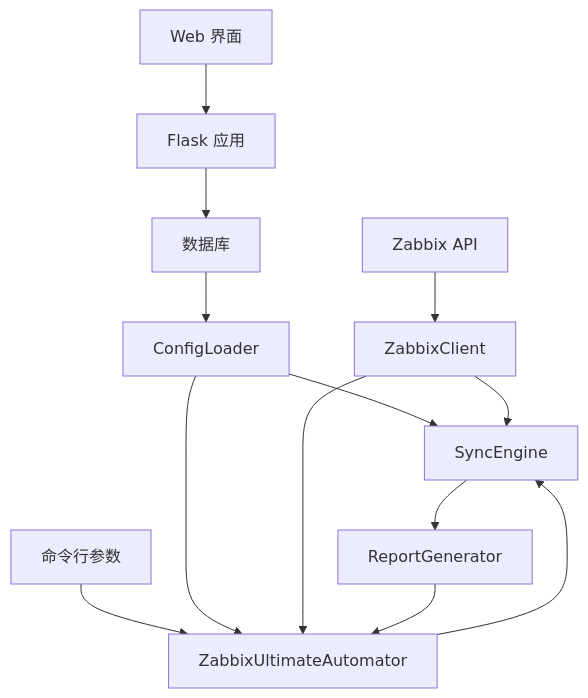
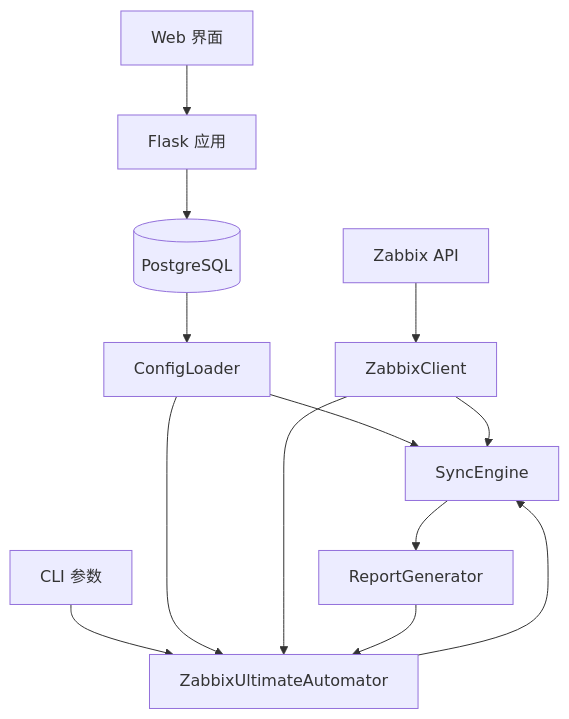
One commit to i-f2/zabbix_mac changed the diagram in CODE_WIKI.md. Above: the diagram before and after it, drawn with Mermaid. The commit also changed other lines of this file and 31 other files, not shown here.

````diff
--- a/CODE_WIKI.md
+++ b/CODE_WIKI.md
@@ -21,15 +21,15 @@
 ```mermaid
 flowchart TD
-    C[数据库] --> B[ConfigLoader]
+    C[(PostgreSQL)] --> B[ConfigLoader]
     B --> D[SyncEngine]
     E[Zabbix API] --> F[ZabbixClient]
     F --> D
     D --> G[ReportGenerator]
-    H[命令行参数] --> I[ZabbixUltimateAutomator]
+    H[CLI 参数] --> I[ZabbixUltimateAutomator]
     B --> I
     F --> I
     G --> I
     I --> D
     J[Web 界面] --> K[Flask 应用]
     K --> C
 ```
````
